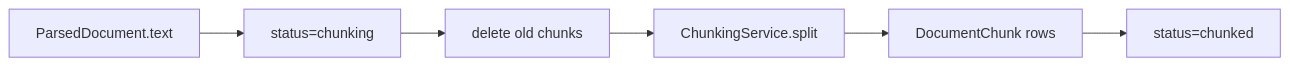
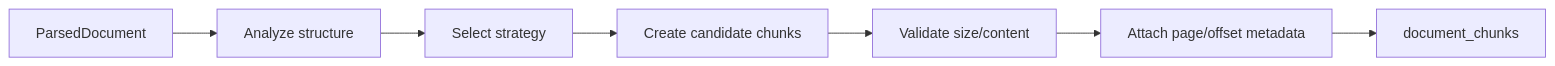
The diagram in docs/learning/text-chunking-for-rag.md (Jrahimin/rag-builder), drawn with Mermaid before and after one commit. The commit also changed other lines of this file and 17 other files, not shown here.

````diff
--- a/docs/learning/text-chunking-for-rag.md
+++ b/docs/learning/text-chunking-for-rag.md
@@ -30,8 +25,9 @@
 ```mermaid
 flowchart LR
-    A[ParsedDocument.text] --> B[status=chunking]
-    B --> C[delete old chunks]
-    C --> D[ChunkingService.split]
-    D --> E[DocumentChunk rows]
-    E --> F[status=chunked]
+    D[ParsedDocument] --> A[Analyze structure]
+    A --> S[Select strategy]
+    S --> C[Create candidate chunks]
+    C --> V[Validate size/content]
+    V --> M[Attach page/offset metadata]
+    M --> R[document_chunks]
 ```
````
